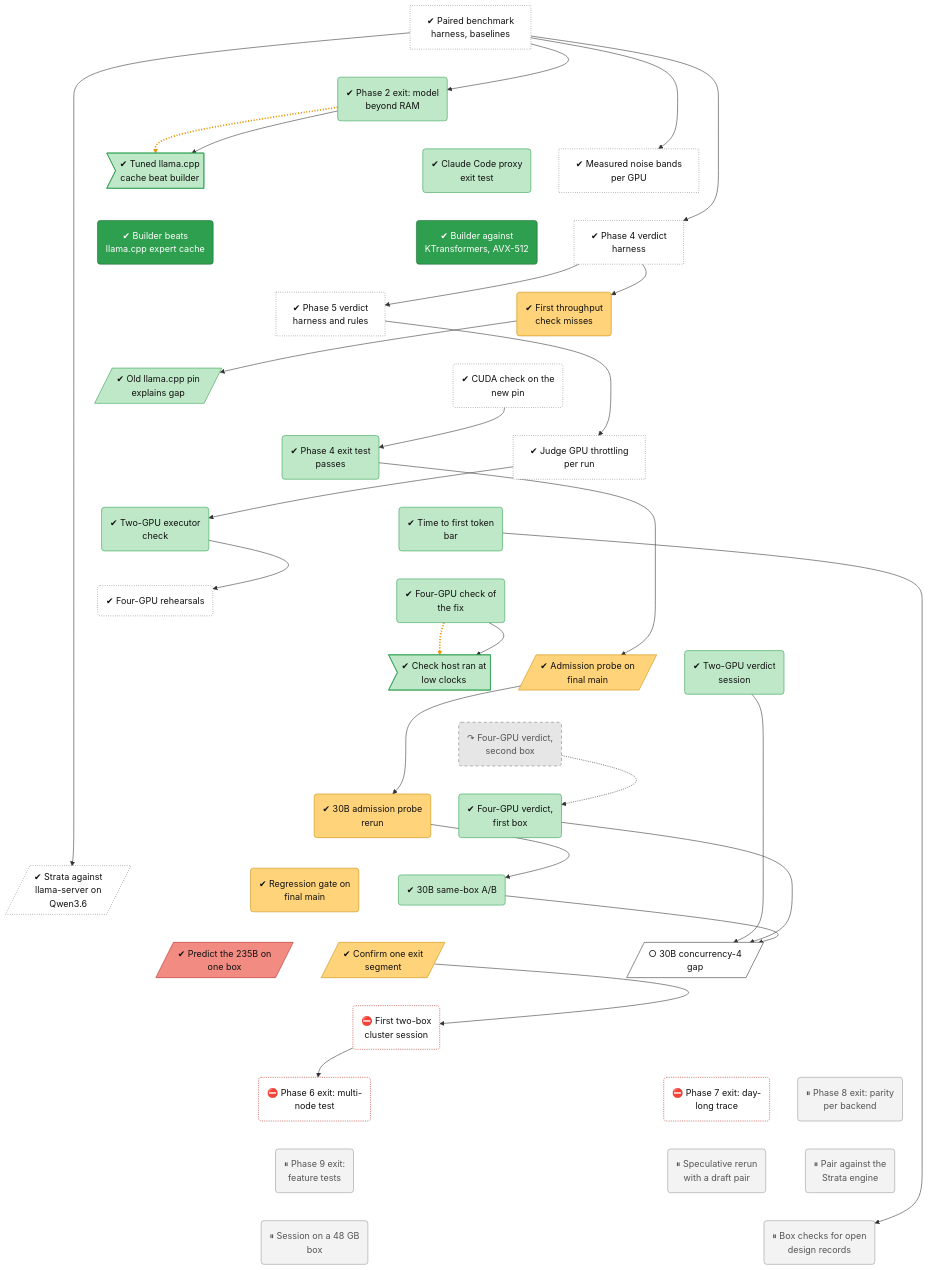
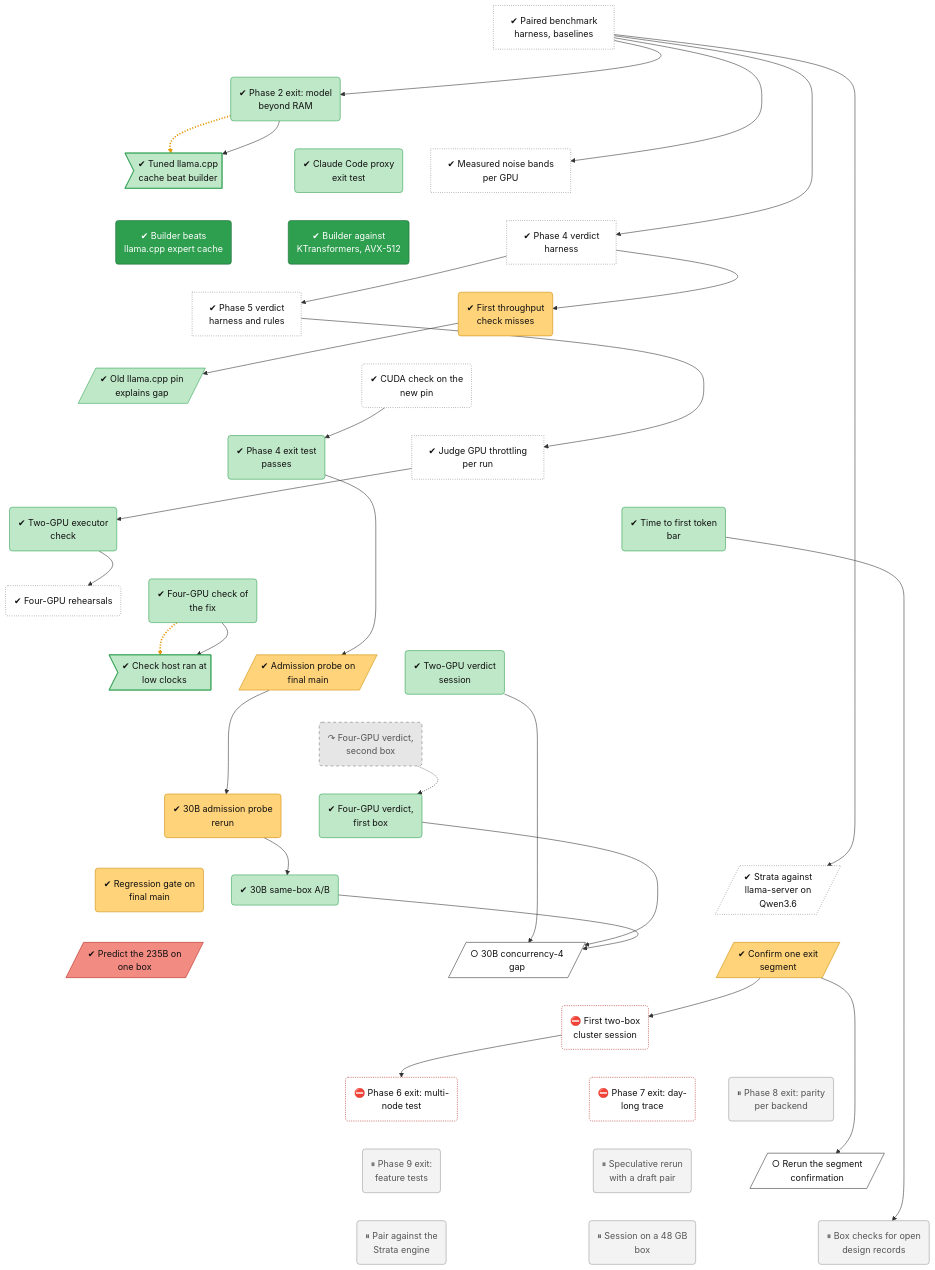
Before and after one commit to lhns/tetraeder: the diagram in docs/roadmap/tracks/bench.md, drawn with Mermaid. The commit also changed other lines of this file and 19 other files, not shown here.

First line of the commit message:
Phase 6 confirmation prep (ADR 0091 answers 7 and 8, ADR 0092); not measured

````diff
--- a/docs/roadmap/tracks/bench.md
+++ b/docs/roadmap/tracks/bench.md
@@ -45,6 +45,7 @@
     bench_phase8_exit("⏸ Phase 8 exit: parity<br/>per backend")
     bench_phase9_exit("⏸ Phase 9 exit:<br/>feature tests")
     bench_spec_rerun("⏸ Speculative rerun<br/>with a draft pair")
+    bench_235b_segment_confirm_2[/"○ Rerun the segment<br/>confirmation"/]
     bench_strata_pairing("⏸ Pair against the<br/>Strata engine")
     bench_d1_session("⏸ Session on a 48 GB<br/>box")
     bench_open_records("⏸ Box checks for open<br/>design records")
@@ -88,10 +89,10 @@
     bench_phase6_rehearsal ~~~ bench_phase8_exit
     bench_phase6_exit ~~~ bench_phase9_exit
     bench_phase7_exit ~~~ bench_spec_rerun
-    bench_phase8_exit ~~~ bench_strata_pairing
-    bench_phase9_exit ~~~ bench_d1_session
-    bench_spec_rerun ~~~ bench_open_records
-    bench_strata_pairing ~~~ bench_open_records
+    bench_phase8_exit ~~~ bench_235b_segment_confirm_2
+    bench_phase9_exit ~~~ bench_strata_pairing
+    bench_spec_rerun ~~~ bench_d1_session
+    bench_235b_segment_confirm_2 ~~~ bench_open_records
     bench_harness --> bench_phase2_exit
     bench_phase2_exit -.-> bench_defect_tuned_cache
     bench_phase2_exit --> bench_defect_tuned_cache
@@ -116,6 +117,7 @@
     bench_ab30b --> bench_30b_c4_gap
     bench_235b_segment_confirm --> bench_phase6_rehearsal
     bench_phase6_rehearsal --> bench_phase6_exit
+    bench_235b_segment_confirm --> bench_235b_segment_confirm_2
     bench_ttft --> bench_open_records
     linkStyle 45,56 stroke:#e69500,stroke-width:3px,stroke-dasharray:2 3
     classDef vsucc fill:#2e9e4f,stroke:#1b6b34,color:#fff
@@ -138,7 +140,7 @@
     class bench_d2a_rerun,bench_d2a_probe,bench_d2a_30b,bench_regression_gate,bench_235b_segment_confirm mixed
     class bench_v4b_verdict dead
     class bench_235b_stream_predict bad
-    class bench_30b_c4_gap next
+    class bench_30b_c4_gap,bench_235b_segment_confirm_2 next
     class bench_phase6_rehearsal,bench_phase6_exit,bench_phase7_exit blocked
     class bench_phase8_exit,bench_phase9_exit,bench_spec_rerun,bench_strata_pairing,bench_d1_session,bench_open_records parked
 ```
````
